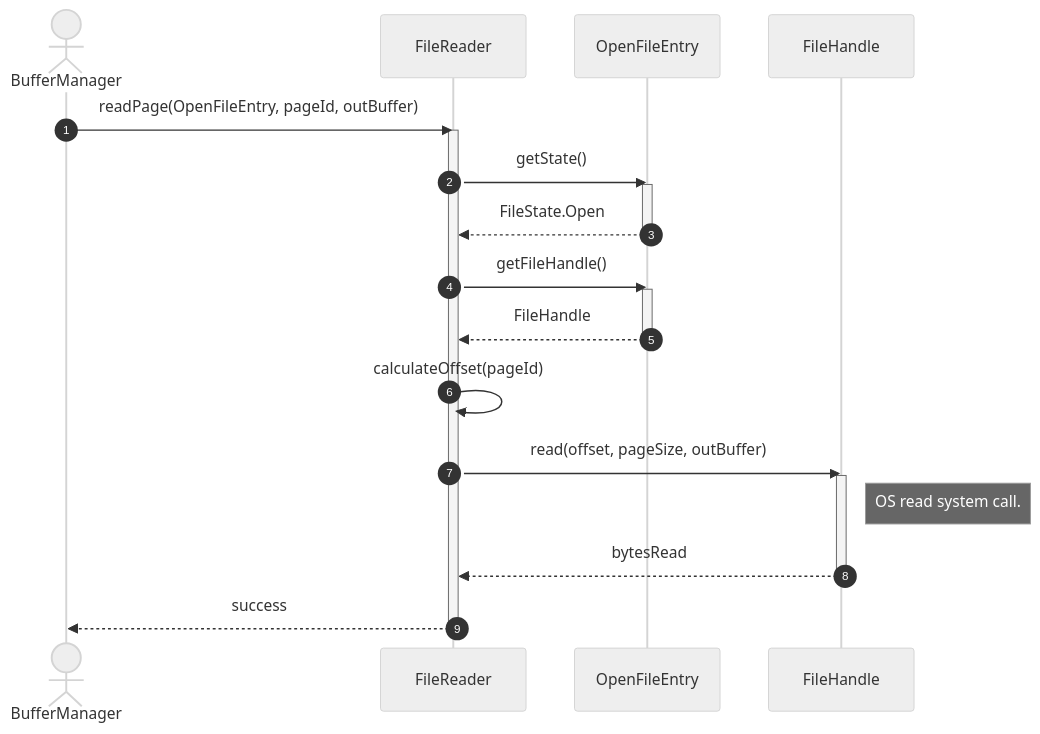
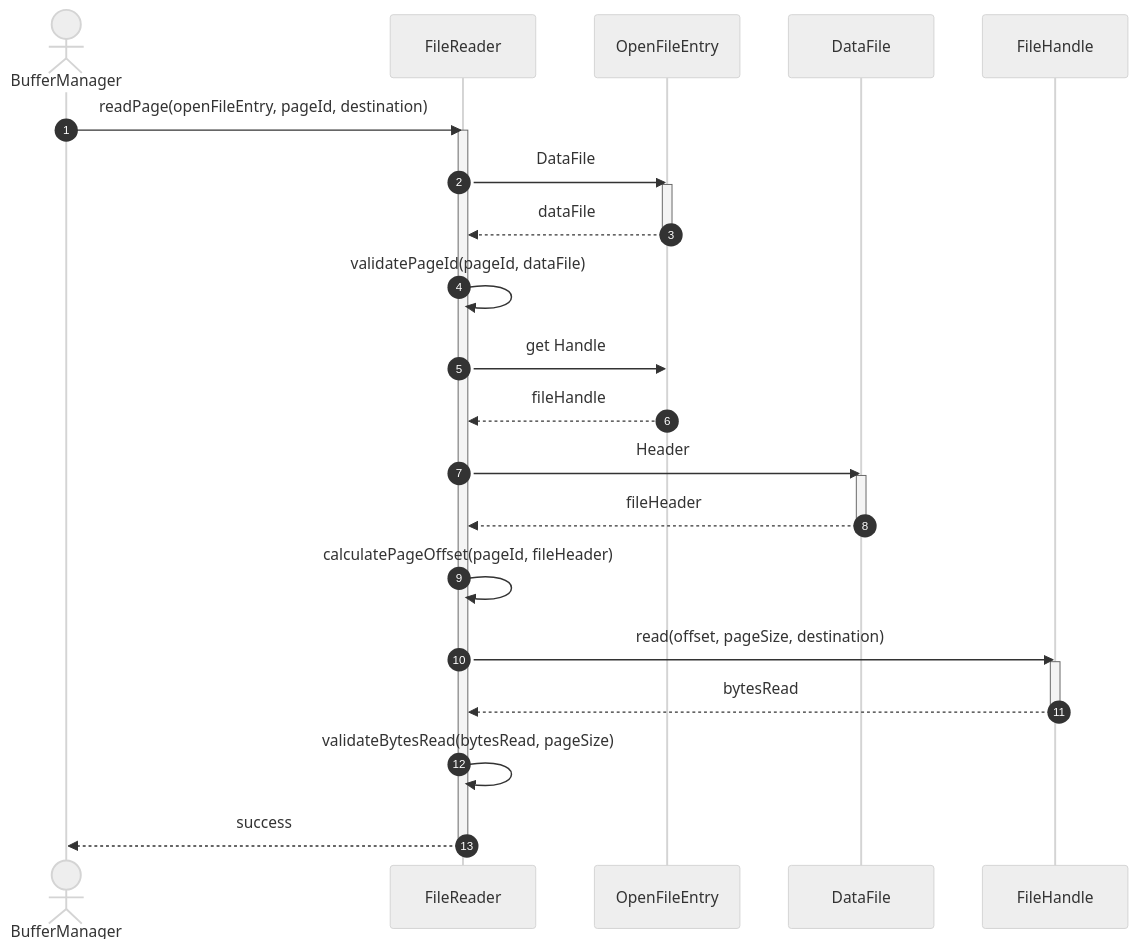
The first of 4 diagrams in docs/diagrams/sequence-diagrams/storage-engine/file-management/file-io/read-file.md (manaxpow/DBMS), drawn with Mermaid (neutral theme) before and after one commit. The commit also changed other lines of this file and 41 other files, not shown here.

Commit message:
#3 upload class and sequencce diagram

````diff
--- a/docs/diagrams/sequence-diagrams/storage-engine/file-management/file-io/read-file.md
+++ b/docs/diagrams/sequence-diagrams/storage-engine/file-management/file-io/read-file.md
@@ -10,32 +10,39 @@
 ```mermaid
 sequenceDiagram
     autonumber
     actor BM as BufferManager
     participant FR as FileReader
     participant OE as OpenFileEntry
+    participant DF as DataFile
     participant FH as FileHandle
 
-    BM->>FR: readPage(OpenFileEntry, pageId, outBuffer)
+    BM->>FR: readPage(openFileEntry, pageId, destination)
     activate FR
     
-    FR->>OE: getState()
+    FR->>OE: DataFile
     activate OE
-    OE-->>FR: FileState.Open
+    OE-->>FR: dataFile
     deactivate OE
     
-    FR->>OE: getFileHandle()
-    activate OE
-    OE-->>FR: FileHandle
-    deactivate OE
+    FR->>FR: validatePageId(pageId, dataFile)
     
-    FR->>FR: calculateOffset(pageId)
+    FR->>OE: get Handle
+    OE-->>FR: fileHandle
     
-    FR->>FH: read(offset, pageSize, outBuffer)
+    FR->>DF: Header
+    activate DF
+    DF-->>FR: fileHeader
+    deactivate DF
+    
+    FR->>FR: calculatePageOffset(pageId, fileHeader)
+    
+    FR->>FH: read(offset, pageSize, destination)
     activate FH
-    note right of FH: OS read system call.
     FH-->>FR: bytesRead
     deactivate FH
+    
+    FR->>FR: validateBytesRead(bytesRead, pageSize)
     
     FR-->>BM: success
     deactivate FR
 ```
````
